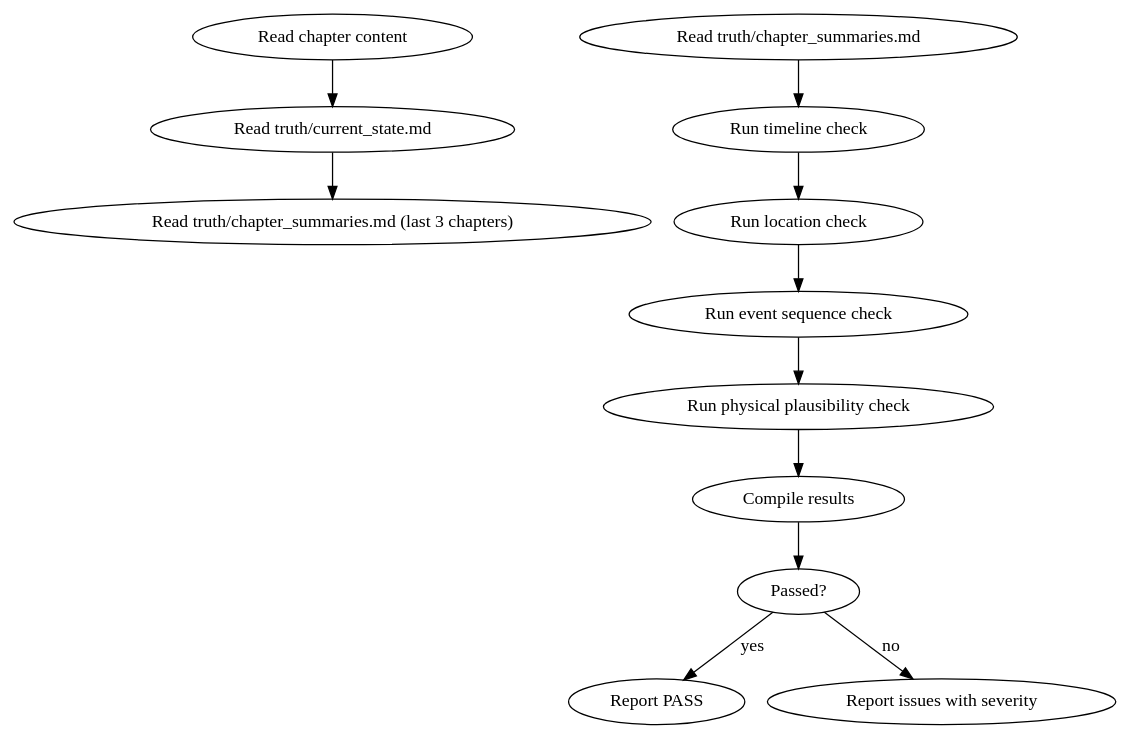
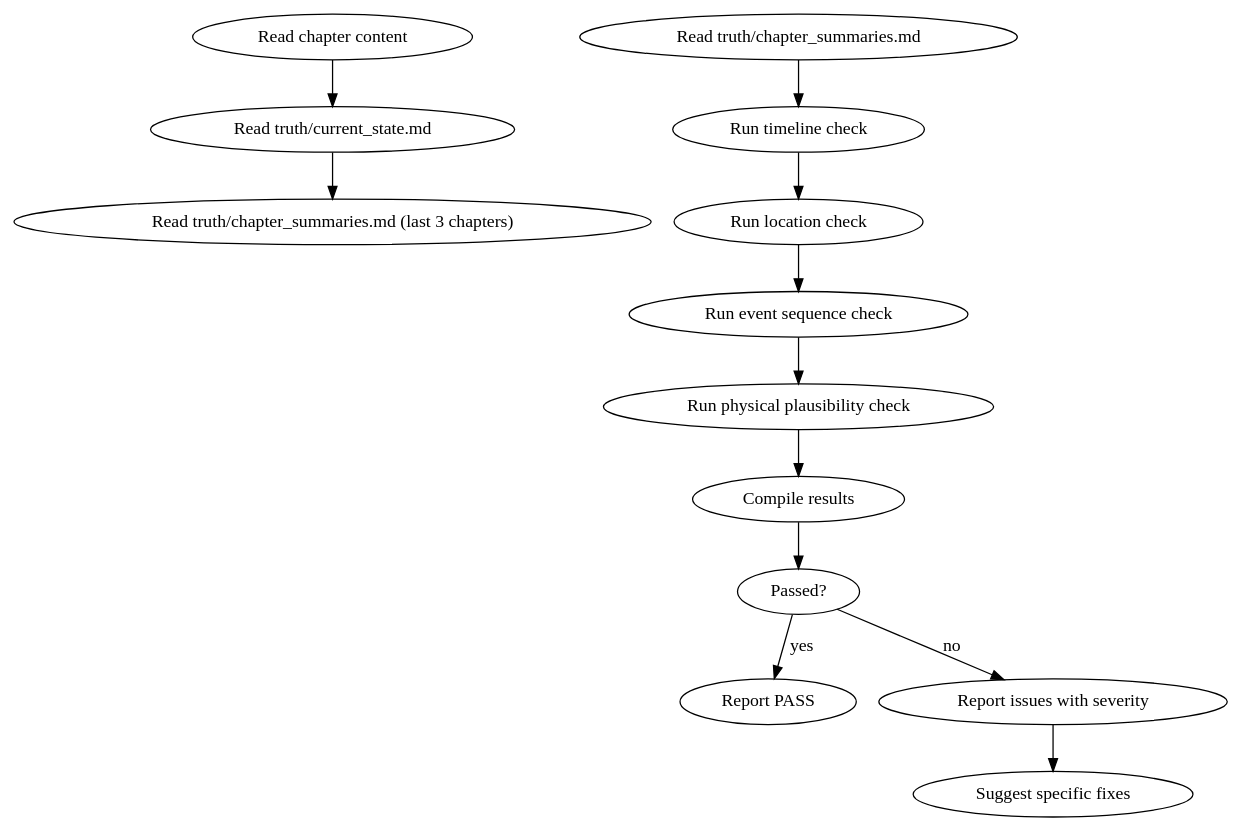
One commit to ThomasChangX/shenbi changed the diagram in skills/shenbi-review-continuity/SKILL.md. Above: the diagram before and after it, drawn with Graphviz. The commit also changed other lines of this file and 1 other file, not shown here.

Commit message:
fix: address code review issues for shenbi-review-continuity (Task 2-1)

````diff
--- a/skills/shenbi-review-continuity/SKILL.md
+++ b/skills/shenbi-review-continuity/SKILL.md
@@ -12,14 +12,15 @@
 ```dot
 digraph review_continuity {
     "Read chapter content" -> "Read truth/current_state.md";
     "Read truth/current_state.md" -> "Read truth/chapter_summaries.md (last 3 chapters)";
     "Read truth/chapter_summaries.md" -> "Run timeline check";
     "Run timeline check" -> "Run location check";
     "Run location check" -> "Run event sequence check";
     "Run event sequence check" -> "Run physical plausibility check";
     "Run physical plausibility check" -> "Compile results";
     "Compile results" -> "Passed?";
     "Passed?" -> "Report PASS" [label="yes"];
     "Passed?" -> "Report issues with severity" [label="no"];
+    "Report issues with severity" -> "Suggest specific fixes";
 }
 ```
````
